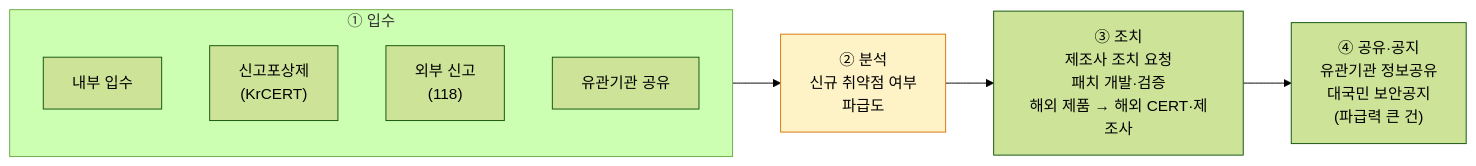
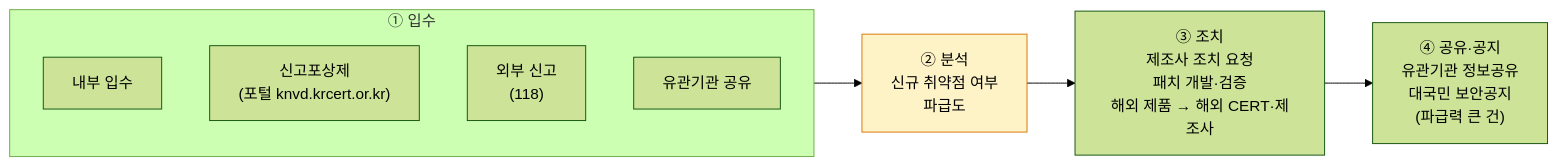
One commit to anthonynoh5202/anthonynoh changed the diagram in books/vmc-bible/src/vol1-center/01-understanding/04-workflow.md. Above: the diagram before and after it, drawn with Mermaid (forest theme). The commit also changed other lines of this file and 20 other files, not shown here.

````diff
--- a/books/vmc-bible/src/vol1-center/01-understanding/04-workflow.md
+++ b/books/vmc-bible/src/vol1-center/01-understanding/04-workflow.md
@@ -16,13 +16,13 @@
 ```mermaid
 flowchart LR
     subgraph IN["① 입수"]
         a1["내부 입수"]
-        a2["신고포상제<br/>(KrCERT)"]
+        a2["신고포상제<br/>(포털 knvd.krcert.or.kr)"]
         a3["외부 신고<br/>(118)"]
         a4["유관기관 공유"]
     end
     IN --> B["② 분석<br/>신규 취약점 여부<br/>파급도"]
     B --> C["③ 조치<br/>제조사 조치 요청<br/>패치 개발·검증<br/>해외 제품 → 해외 CERT·제조사"]
     C --> D["④ 공유·공지<br/>유관기관 정보공유<br/>대국민 보안공지<br/>(파급력 큰 건)"]
     style B fill:#fef3c7,stroke:#d97706,color:#000
 ```
````
